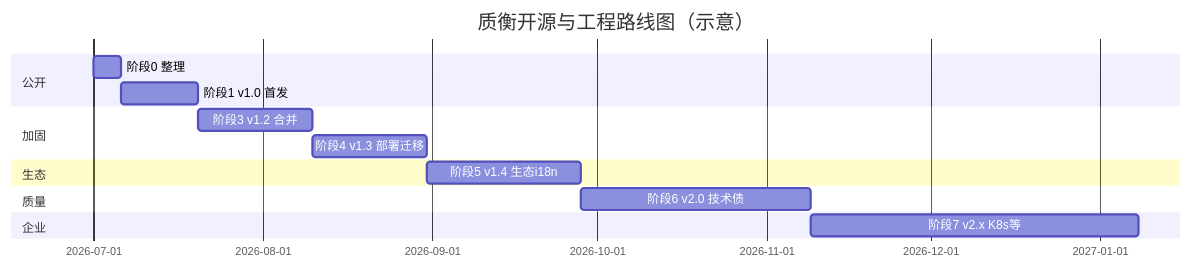
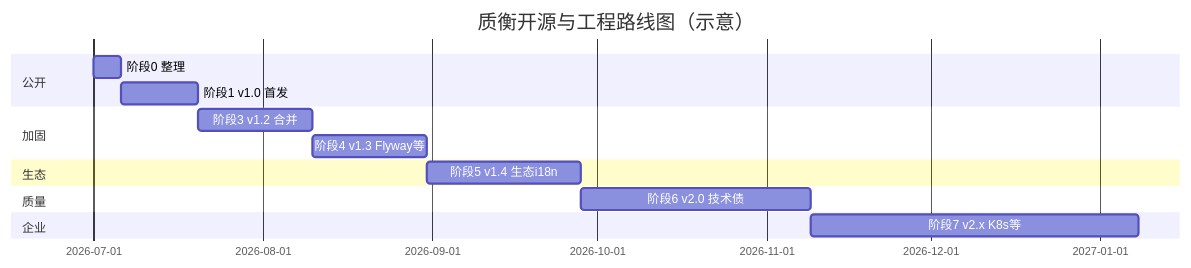
The diagram in docs/质衡开源与工程路线图.md (qualitest-hq/qualitest), drawn with Mermaid before and after one commit. The commit also changed other lines of this file and 6 other files, not shown here.

````diff
--- a/docs/质衡开源与工程路线图.md
+++ b/docs/质衡开源与工程路线图.md
@@ -66,17 +66,17 @@
 ```mermaid
 gantt
     title 质衡开源与工程路线图（示意）
     dateFormat YYYY-MM-DD
     section 公开
     阶段0 整理           :a0, 2026-07-01, 5d
     阶段1 v1.0 首发      :a1, after a0, 14d
     section 加固
     阶段3 v1.2 合并      :a3, after a1, 21d
-    阶段4 v1.3 部署迁移   :a4, after a3, 21d
+    阶段4 v1.3 Flyway等  :a4, after a3, 21d
     section 生态
     阶段5 v1.4 生态i18n  :a5, after a4, 28d
     section 质量
     阶段6 v2.0 技术债    :a6, after a5, 42d
     section 企业
     阶段7 v2.x K8s等     :a7, after a6, 60d
 ```
````
